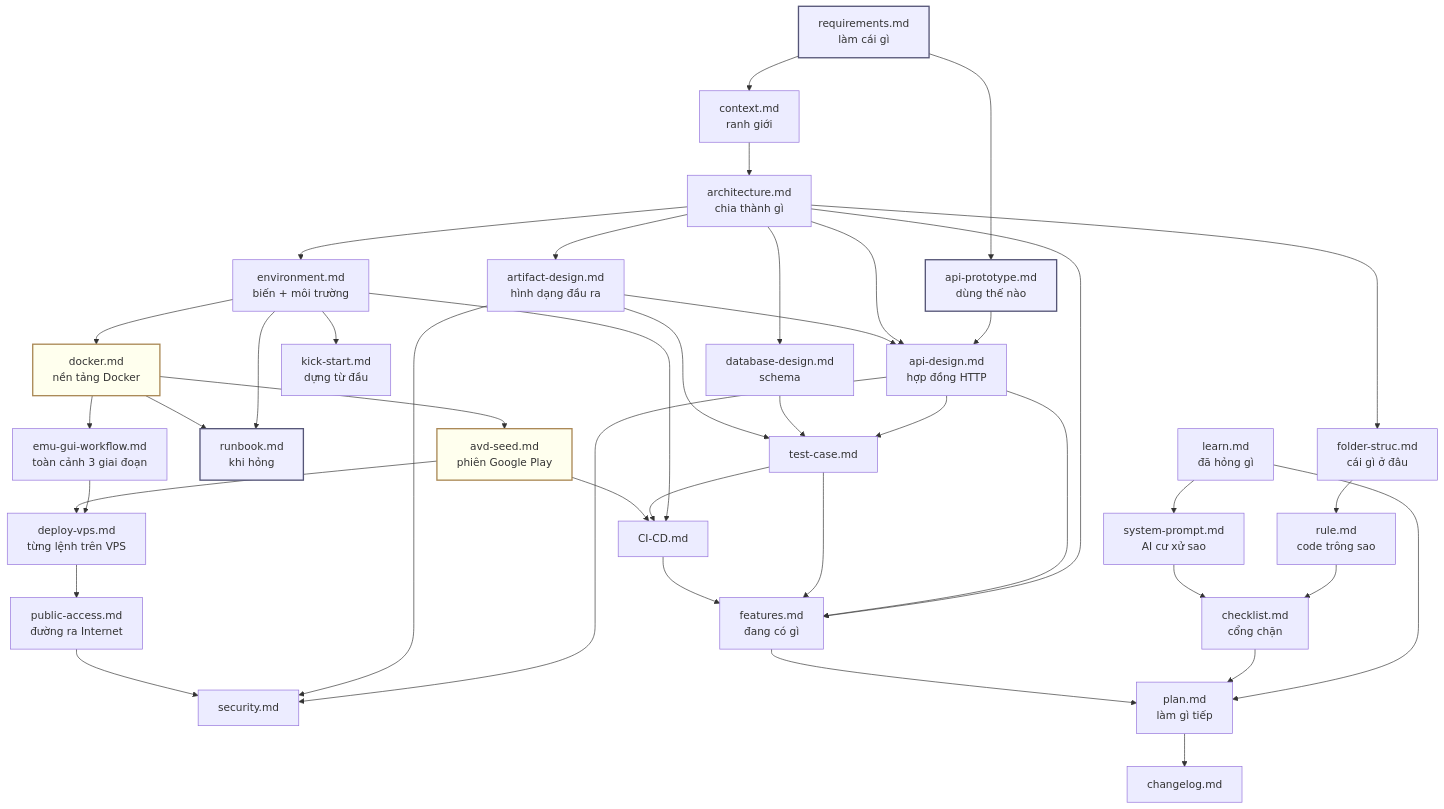
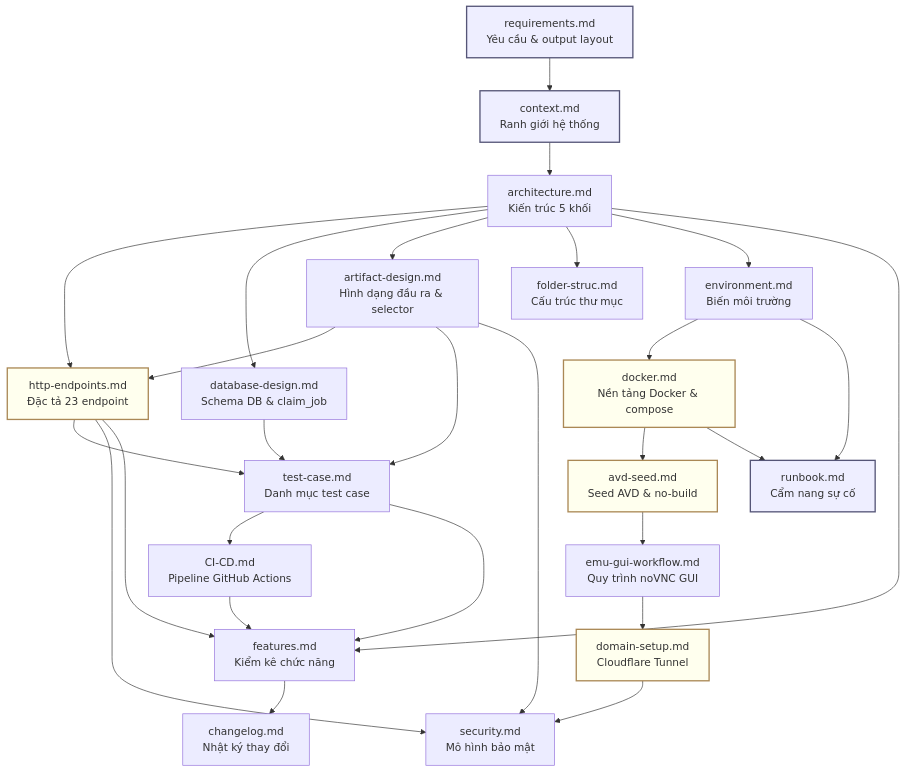
One commit to daclong120-del/app-relay changed the diagram in docs/README.md. Above: the diagram before and after it, drawn with Mermaid. The commit also changed other lines of this file and 9 other files, not shown here.

````diff
--- a/docs/README.md
+++ b/docs/README.md
@@ -89,61 +69,46 @@
 ```mermaid
 flowchart TD
-    REQ["requirements.md<br/>làm cái gì"]
-    CTX["context.md<br/>ranh giới"]
-    PRO["api-prototype.md<br/>dùng thế nào"]
+    REQ["requirements.md<br/>Yêu cầu & output layout"]
+    CTX["context.md<br/>Ranh giới hệ thống"]
+    FEAT["features.md<br/>Kiểm kê chức năng"]
 
-    ARC["architecture.md<br/>chia thành gì"]
-    API["api-design.md<br/>hợp đồng HTTP"]
-    DB["database-design.md<br/>schema"]
-    ART["artifact-design.md<br/>hình dạng đầu ra"]
-    FS["folder-struc.md<br/>cái gì ở đâu"]
+    ARC["architecture.md<br/>Kiến trúc 5 khối"]
+    API["http-endpoints.md<br/>Đặc tả 23 endpoint"]
+    DB["database-design.md<br/>Schema DB & claim_job"]
+    ART["artifact-design.md<br/>Hình dạng đầu ra & selector"]
+    FS["folder-struc.md<br/>Cấu trúc thư mục"]
 
-    ENV["environment.md<br/>biến + môi trường"]
-    KS["kick-start.md<br/>dựng từ đầu"]
-    RB["runbook.md<br/>khi hỏng"]
+    ENV["environment.md<br/>Biến môi trường"]
+    DK["docker.md<br/>Nền tảng Docker & compose"]
+    SEED["avd-seed.md<br/>Seed AVD & no-build"]
+    WF["emu-gui-workflow.md<br/>Quy trình noVNC GUI"]
+    DOM["domain-setup.md<br/>Cloudflare Tunnel"]
+    RB["runbook.md<br/>Cẩm nang sự cố"]
 
-    RULE["rule.md<br/>code trông sao"]
-    SP["system-prompt.md<br/>AI cư xử sao"]
-    CHK["checklist.md<br/>cổng chặn"]
+    TC["test-case.md<br/>Danh mục test case"]
+    CI["CI-CD.md<br/>Pipeline GitHub Actions"]
+    SEC["security.md<br/>Mô hình bảo mật"]
+    CL["changelog.md<br/>Nhật ký thay đổi"]
 
-    TC["test-case.md"]
-    CI["CI-CD.md"]
-    SEC["security.md"]
-
-    FEAT["features.md<br/>đang có gì"]
-    PLAN["plan.md<br/>làm gì tiếp"]
-    LEARN["learn.md<br/>đã hỏng gì"]
-    CL["changelog.md"]
-
-    DK["docker.md<br/>nền tảng Docker"]
-    WF["emu-gui-workflow.md<br/>toàn cảnh 3 giai đoạn"]
-    SEED["avd-seed.md<br/>phiên Google Play"]
-    DVP["deploy-vps.md<br/>từng lệnh trên VPS"]
-    PUB["public-access.md<br/>đường ra Internet"]
-
+    %% Requirements & Design flow
     REQ --> CTX --> ARC
-    REQ --> PRO --> API
     ARC --> API & DB & ART & FS
     ART --> API
-    ARC --> ENV --> KS & RB & CI
-    FS --> RULE --> CHK
-    SP --> CHK
     API & DB & ART --> TC --> CI
     API & ART --> SEC
-    LEARN --> SP
-    LEARN --> PLAN
-    CHK --> PLAN
-    ARC & API & TC & CI --> FEAT --> PLAN
-    PLAN --> CL
 
-    ENV --> DK --> WF --> DVP --> PUB
-    DK --> SEED --> DVP
-    SEED --> CI
-    PUB --> SEC
+    %% Ops & Environment flow
+    ARC --> ENV --> DK
+    DK --> SEED --> WF --> DOM
+    DOM --> SEC
     DK --> RB
+    ENV --> RB
+
+    %% Status & Progress
+    ARC & API & TC & CI --> FEAT --> CL
 
     classDef entry fill:#eef,stroke:#557,stroke-width:2px
     classDef owner fill:#ffe,stroke:#a85,stroke-width:2px
-    class REQ,PRO,RB entry
-    class DK,SEED owner
+    class REQ,CTX,RB entry
+    class DK,SEED,DOM,API owner
 ```
````
